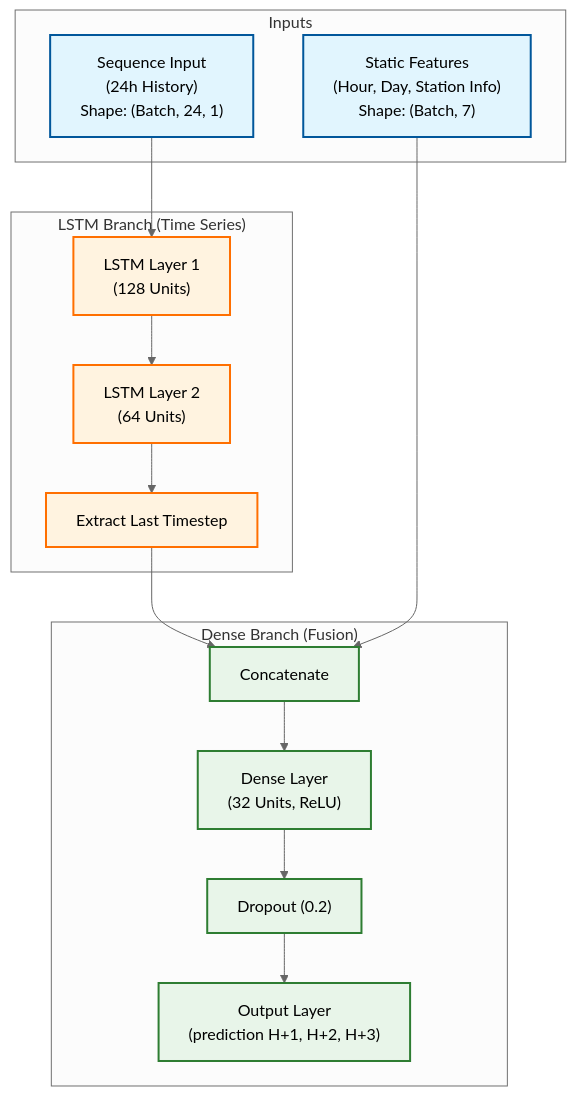
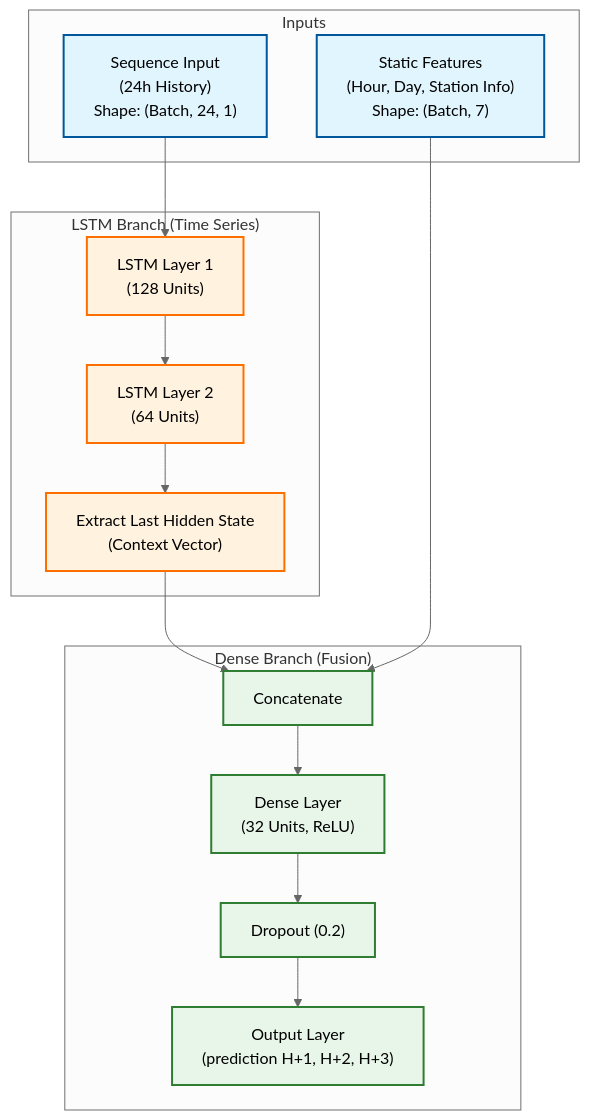
Before and after one commit to Josh-Dum/Velib_Trend: the diagram in documentation/02_model_development.md, drawn with Mermaid (neutral theme).

Commit message:
fix: update model architecture diagram to clarify last hidden state extraction

````diff
--- a/documentation/02_model_development.md
+++ b/documentation/02_model_development.md
@@ -14,41 +14,41 @@
 ```mermaid
 flowchart TD
     subgraph Inputs
         InputSeq["Sequence Input<br/>(24h History)<br/>Shape: (Batch, 24, 1)"]
         InputStatic["Static Features<br/>(Hour, Day, Station Info)<br/>Shape: (Batch, 7)"]
     end
 
     subgraph LSTM_Branch["LSTM Branch (Time Series)"]
         LSTM1["LSTM Layer 1<br/>(128 Units)"]
         LSTM2["LSTM Layer 2<br/>(64 Units)"]
-        LastStep["Extract Last Timestep"]
+        LastStep["Extract Last Hidden State<br/>(Context Vector)"]
     end
 
     subgraph Dense_Branch["Dense Branch (Fusion)"]
         Concat["Concatenate"]
         Dense1["Dense Layer<br/>(32 Units, ReLU)"]
         Dropout["Dropout (0.2)"]
         Output["Output Layer<br/>(prediction H+1, H+2, H+3)"]
     end
 
     %% Connections
     InputSeq --> LSTM1
     LSTM1 --> LSTM2
     LSTM2 --> LastStep
     
     LastStep --> Concat
     InputStatic --> Concat
     
     Concat --> Dense1
     Dense1 --> Dropout
     Dropout --> Output
     
     %% Styling
     classDef input fill:#e1f5fe,stroke:#01579b,stroke-width:2px;
     classDef lstm fill:#fff3e0,stroke:#ff6f00,stroke-width:2px;
     classDef dense fill:#e8f5e9,stroke:#2e7d32,stroke-width:2px;
     
     class InputSeq,InputStatic input;
     class LSTM1,LSTM2,LastStep lstm;
     class Concat,Dense1,Dropout,Output dense;
 ```
````
